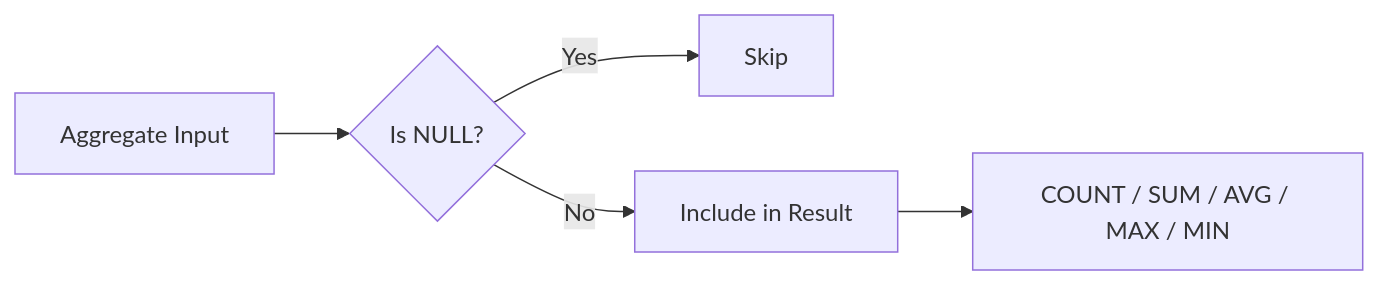
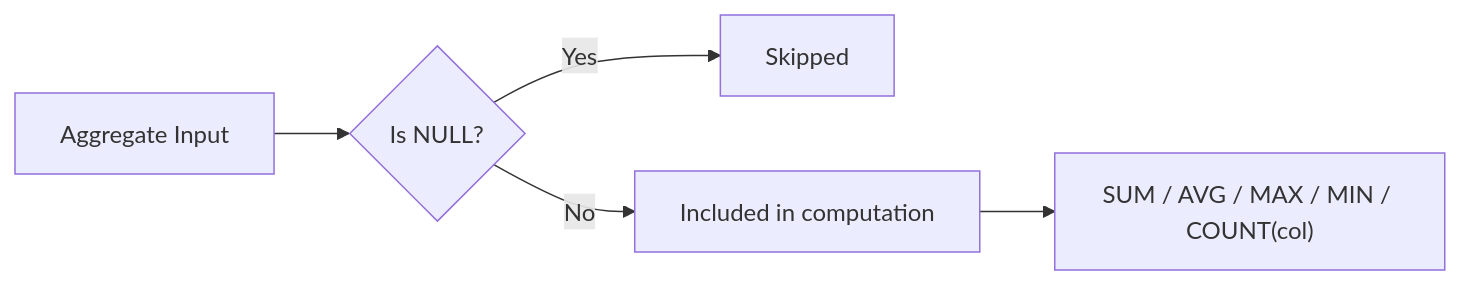
One commit to mahfooziiitian/spark-batch changed the diagram in spark-sql/docs/nulls/aggregate.md. Above: the diagram before and after it, drawn with Mermaid. The commit also changed other lines of this file and 223 other files, not shown here.

````diff
--- a/spark-sql/docs/nulls/aggregate.md
+++ b/spark-sql/docs/nulls/aggregate.md
@@ -7,7 +9,7 @@
 ```mermaid
 graph LR
     A[Aggregate Input] --> B{Is NULL?}
-    B -->|Yes| C[Skip]
-    B -->|No| D[Include in Result]
-    D --> E["COUNT / SUM / AVG / MAX / MIN"]
+    B -->|Yes| C[Skipped]
+    B -->|No| D[Included in computation]
+    D --> E["SUM / AVG / MAX / MIN / COUNT(col)"]
 ```
````
